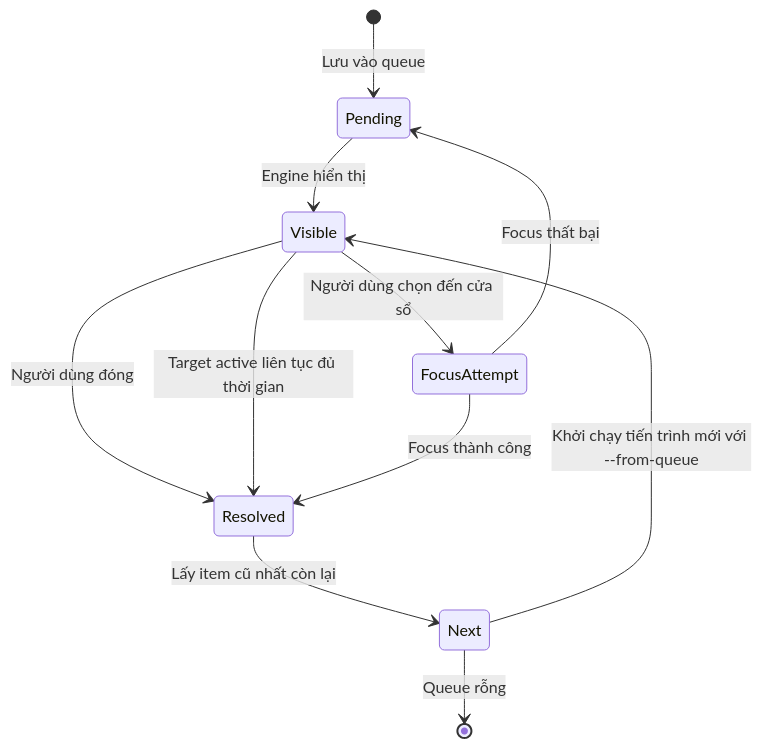
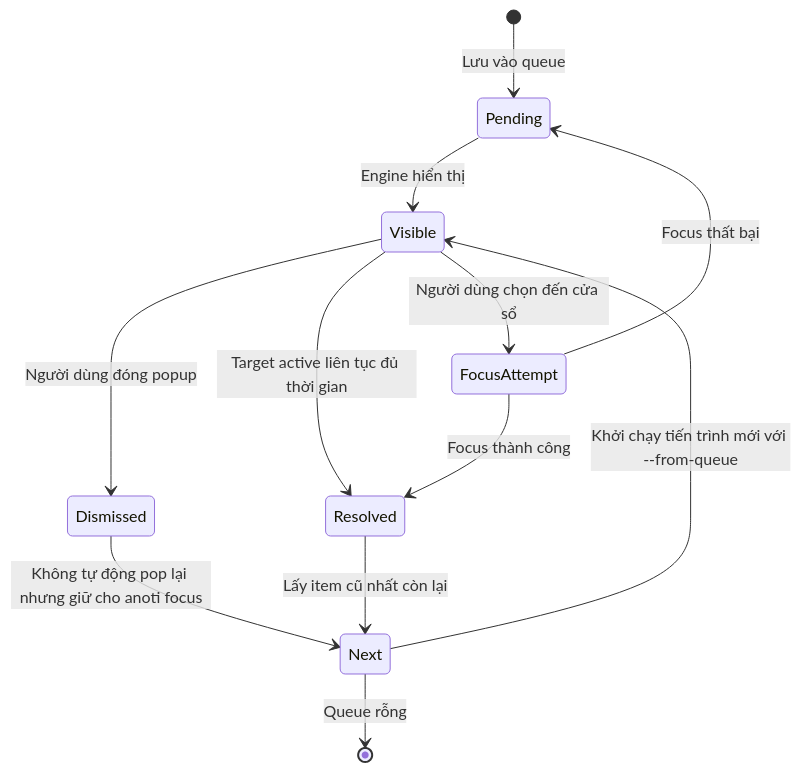
One commit to SonNX24042005/ai-agent-desktop-notifier changed the third of 3 diagrams in docs/architecture.md. Above: the diagram before and after it, drawn with Mermaid. The commit also changed other lines of this file and 19 other files, not shown here.

````diff
--- a/docs/architecture.md
+++ b/docs/architecture.md
@@ -198,13 +202,14 @@
 ```mermaid
 stateDiagram-v2
     [*] --> Pending: Lưu vào queue
     Pending --> Visible: Engine hiển thị
-    Visible --> Resolved: Người dùng đóng
+    Visible --> Dismissed: Người dùng đóng popup
     Visible --> Resolved: Target active liên tục đủ thời gian
     Visible --> FocusAttempt: Người dùng chọn đến cửa sổ
     FocusAttempt --> Resolved: Focus thành công
     FocusAttempt --> Pending: Focus thất bại
     Resolved --> Next: Lấy item cũ nhất còn lại
+    Dismissed --> Next: Không tự động pop lại nhưng giữ cho anoti focus
     Next --> Visible: Khởi chạy tiến trình mới với --from-queue
     Next --> [*]: Queue rỗng
 ```
````
